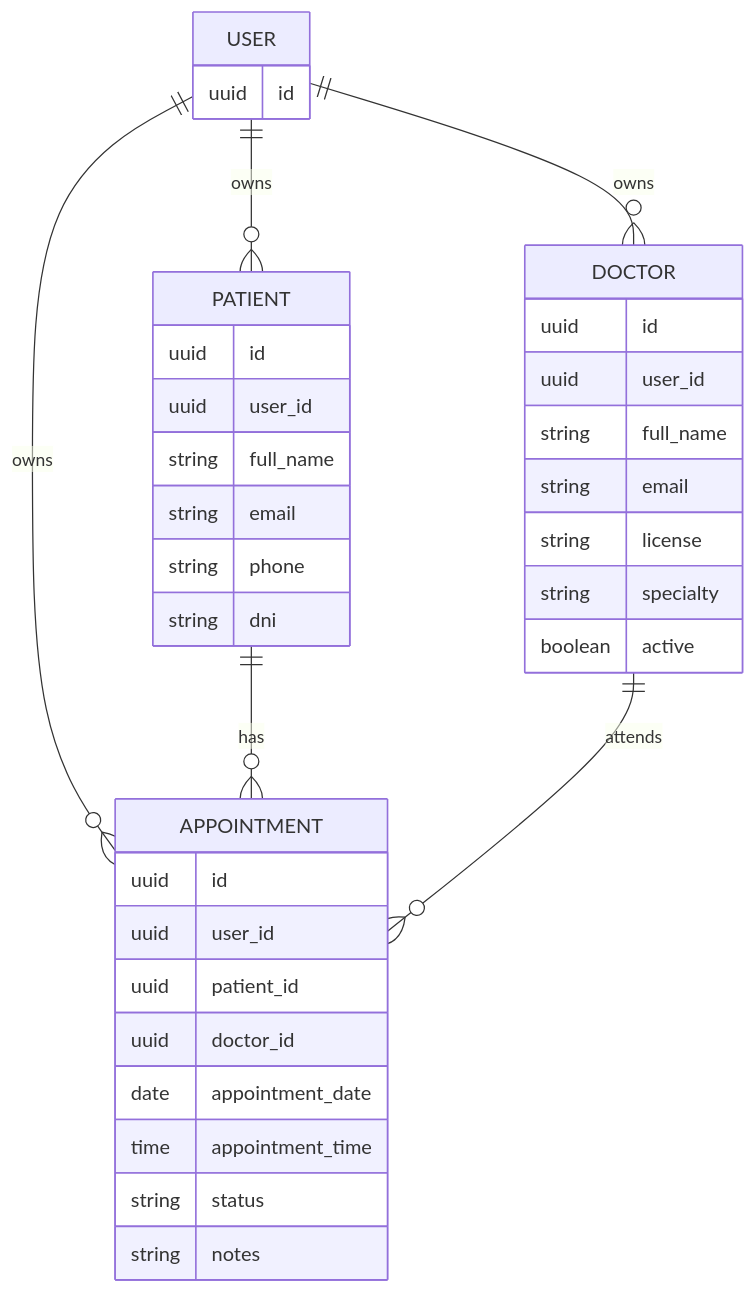
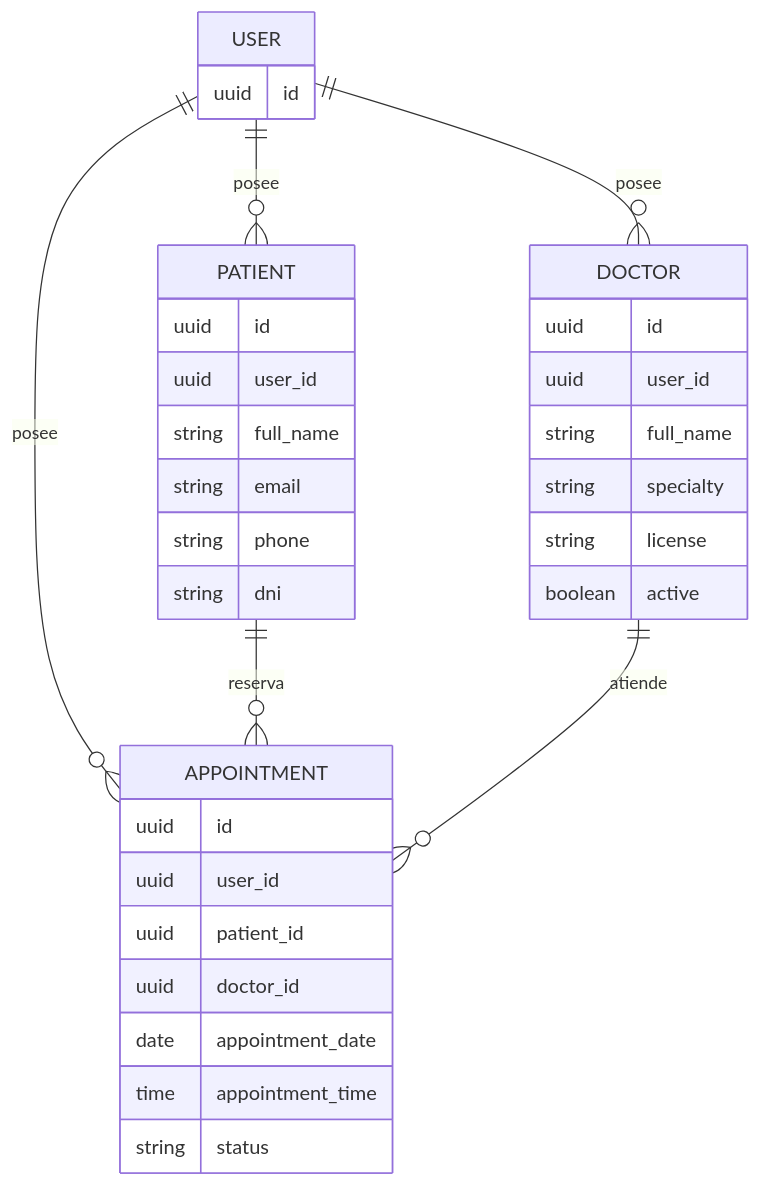
One commit to RocioAranibar/turnify changed the third of 3 diagrams in README.md. Above: the diagram before and after it, drawn with Mermaid. The commit also changed other lines of this file, not shown here.

````diff
--- a/README.md
+++ b/README.md
@@ -204,44 +171,42 @@
 ```mermaid
 erDiagram
 
-    USER ||--o{ PATIENT : owns
-    USER ||--o{ DOCTOR : owns
-    USER ||--o{ APPOINTMENT : owns
+    USER ||--o{ PATIENT : posee
+    USER ||--o{ DOCTOR : posee
+    USER ||--o{ APPOINTMENT : posee
 
-    PATIENT ||--o{ APPOINTMENT : has
-    DOCTOR ||--o{ APPOINTMENT : attends
+    PATIENT ||--o{ APPOINTMENT : reserva
+    DOCTOR ||--o{ APPOINTMENT : atiende
 
     USER {
         uuid id
     }
 
     PATIENT {
         uuid id
         uuid user_id
         string full_name
         string email
         string phone
         string dni
     }
 
     DOCTOR {
         uuid id
         uuid user_id
         string full_name
-        string email
+        string specialty
         string license
-        string specialty
         boolean active
     }
 
     APPOINTMENT {
         uuid id
         uuid user_id
         uuid patient_id
         uuid doctor_id
         date appointment_date
         time appointment_time
         string status
-        string notes
     }
 ```
````
